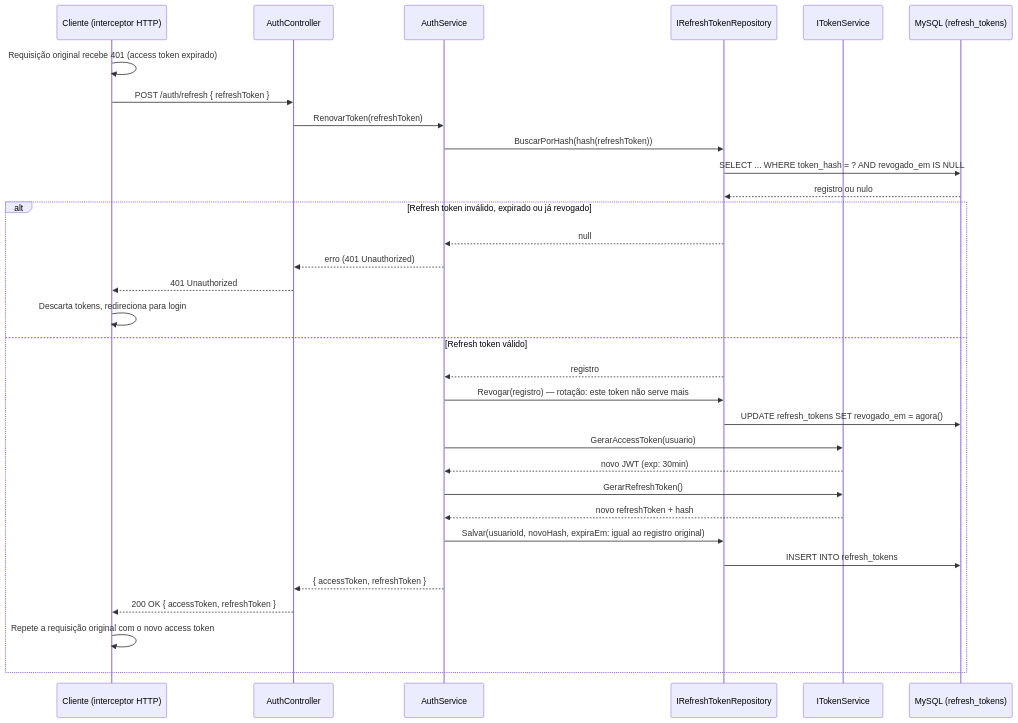
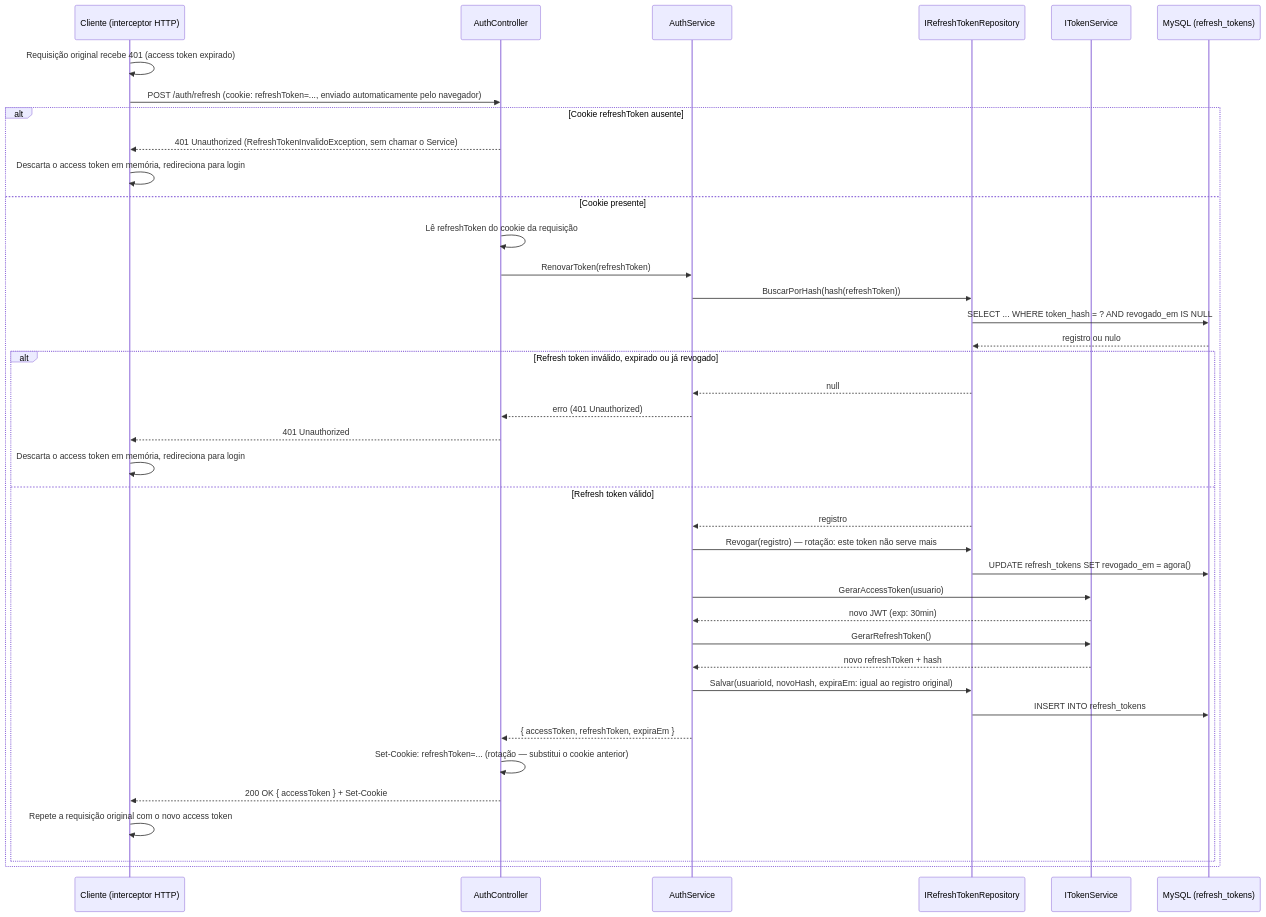
One commit to pdrollucas/euSindico changed the fourth of 8 diagrams in backend/documentation/AUTHENTICATION.md. Above: the diagram before and after it, drawn with Mermaid. The commit also changed other lines of this file and 16 other files, not shown here.

First line of the commit message:
feat(backend-auth): migrate refresh token to httponly cookie and restrict CORS to explicit origins

````diff
--- a/backend/documentation/AUTHENTICATION.md
+++ b/backend/documentation/AUTHENTICATION.md
@@ -172,35 +177,42 @@
 ```mermaid
 sequenceDiagram
     participant C as Cliente (interceptor HTTP)
     participant A as AuthController
     participant S as AuthService
     participant RT as IRefreshTokenRepository
     participant T as ITokenService
     participant DB as MySQL (refresh_tokens)
 
     C->>C: Requisição original recebe 401 (access token expirado)
-    C->>A: POST /auth/refresh { refreshToken }
-    A->>S: RenovarToken(refreshToken)
-    S->>RT: BuscarPorHash(hash(refreshToken))
-    RT->>DB: SELECT ... WHERE token_hash = ? AND revogado_em IS NULL
-    DB-->>RT: registro ou nulo
-    alt Refresh token inválido, expirado ou já revogado
-        RT-->>S: null
-        S-->>A: erro (401 Unauthorized)
-        A-->>C: 401 Unauthorized
-        C->>C: Descarta tokens, redireciona para login
-    else Refresh token válido
-        RT-->>S: registro
-        S->>RT: Revogar(registro) — rotação: este token não serve mais
-        RT->>DB: UPDATE refresh_tokens SET revogado_em = agora()
-        S->>T: GerarAccessToken(usuario)
-        T-->>S: novo JWT (exp: 30min)
-        S->>T: GerarRefreshToken()
-        T-->>S: novo refreshToken + hash
-        S->>RT: Salvar(usuarioId, novoHash, expiraEm: igual ao registro original)
-        RT->>DB: INSERT INTO refresh_tokens
-        S-->>A: { accessToken, refreshToken }
-        A-->>C: 200 OK { accessToken, refreshToken }
-        C->>C: Repete a requisição original com o novo access token
+    C->>A: POST /auth/refresh (cookie: refreshToken=..., enviado automaticamente pelo navegador)
+    alt Cookie refreshToken ausente
+        A-->>C: 401 Unauthorized (RefreshTokenInvalidoException, sem chamar o Service)
+        C->>C: Descarta o access token em memória, redireciona para login
+    else Cookie presente
+        A->>A: Lê refreshToken do cookie da requisição
+        A->>S: RenovarToken(refreshToken)
+        S->>RT: BuscarPorHash(hash(refreshToken))
+        RT->>DB: SELECT ... WHERE token_hash = ? AND revogado_em IS NULL
+        DB-->>RT: registro ou nulo
+        alt Refresh token inválido, expirado ou já revogado
+            RT-->>S: null
+            S-->>A: erro (401 Unauthorized)
+            A-->>C: 401 Unauthorized
+            C->>C: Descarta o access token em memória, redireciona para login
+        else Refresh token válido
+            RT-->>S: registro
+            S->>RT: Revogar(registro) — rotação: este token não serve mais
+            RT->>DB: UPDATE refresh_tokens SET revogado_em = agora()
+            S->>T: GerarAccessToken(usuario)
+            T-->>S: novo JWT (exp: 30min)
+            S->>T: GerarRefreshToken()
+            T-->>S: novo refreshToken + hash
+            S->>RT: Salvar(usuarioId, novoHash, expiraEm: igual ao registro original)
+            RT->>DB: INSERT INTO refresh_tokens
+            S-->>A: { accessToken, refreshToken, expiraEm }
+            A->>A: Set-Cookie: refreshToken=... (rotação — substitui o cookie anterior)
+            A-->>C: 200 OK { accessToken } + Set-Cookie
+            C->>C: Repete a requisição original com o novo access token
+        end
     end
 ```
````
